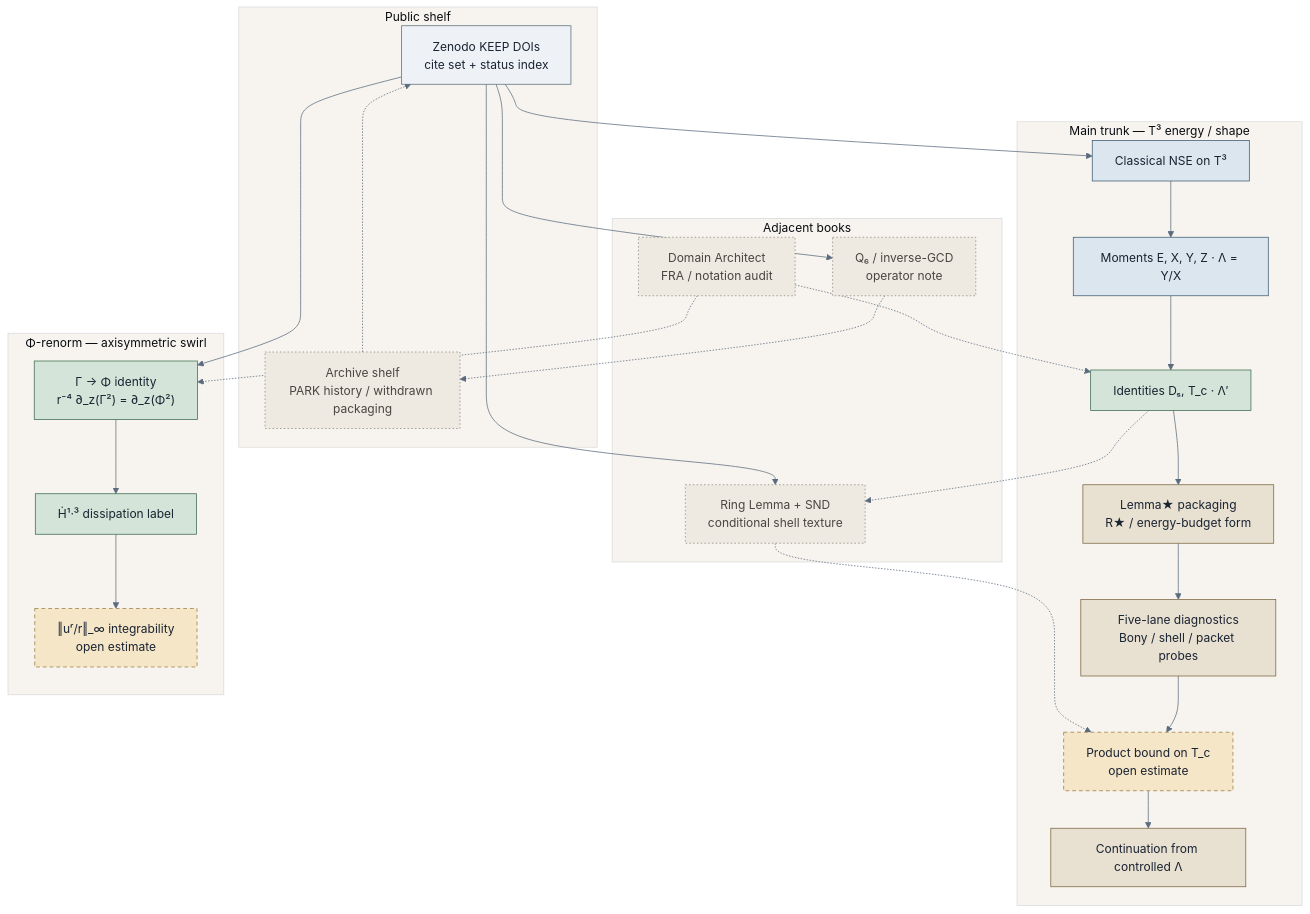
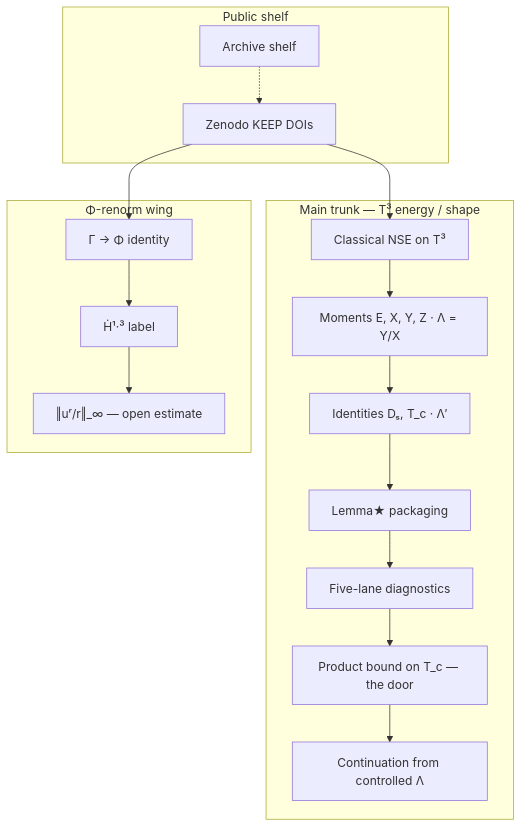
The diagram in docs/campaign/PROOF-JOURNEY.md (simons357/Ship_it_app), drawn with Mermaid before and after one commit. The commit also changed other lines of this file and 3 other files, not shown here.

````diff
--- a/docs/campaign/PROOF-JOURNEY.md
+++ b/docs/campaign/PROOF-JOURNEY.md
@@ -34,65 +35,24 @@
 ```mermaid
-%%{init: {'theme': 'base', 'themeVariables': {
-  'primaryColor': '#e8eef4',
-  'primaryTextColor': '#1a2332',
-  'primaryBorderColor': '#3d5a73',
-  'lineColor': '#5a6b7d',
-  'secondaryColor': '#f3efe6',
-  'tertiaryColor': '#f7f4ef'
-}}}%%
 flowchart TB
   subgraph shelf["Public shelf"]
-    KEEP["Zenodo KEEP DOIs<br/>cite set + status index"]
-    ARCH["Archive shelf<br/>PARK history / withdrawn packaging"]
+    KEEP["Zenodo KEEP DOIs"]
+    ARCH["Archive shelf"]
   end
-
   subgraph trunk["Main trunk — T³ energy / shape"]
     NSE["Classical NSE on T³"]
     MOM["Moments E, X, Y, Z · Λ = Y/X"]
     ID["Identities Dₛ, T_c · Λ′"]
-    STAR["Lemma★ packaging<br/>R★ / energy-budget form"]
-    FIVE["Five-lane diagnostics<br/>Bony / shell / packet probes"]
-    PROD["Product bound on T_c<br/>open estimate"]
+    STAR["Lemma★ packaging"]
+    FIVE["Five-lane diagnostics"]
+    PROD["Product bound on T_c — the door"]
     REG["Continuation from controlled Λ"]
   end
-
-  subgraph phi["Φ-renorm — axisymmetric swirl"]
-    PHIID["Γ → Φ identity<br/>r⁻⁴ ∂_z(Γ²) = ∂_z(Φ²)"]
-    HDOT["Ḣ¹·³ dissipation label"]
-    BAR["‖uʳ/r‖_∞ integrability<br/>open estimate"]
+  subgraph phi["Φ-renorm wing"]
+    PHIID["Γ → Φ identity"]
+    HDOT["Ḣ¹·³ label"]
+    BAR["‖uʳ/r‖_∞ — open estimate"]
   end
-
-  subgraph side["Adjacent books"]
-    SND["Ring Lemma + SND<br/>conditional shell texture"]
-    Q6["Q₆ / inverse-GCD<br/>operator note"]
-    DA["Domain Architect<br/>FRA / notation audit"]
-  end
-
-  KEEP --> NSE
-  KEEP --> PHIID
-  KEEP --> SND
-  KEEP --> Q6
+  KEEP --> NSE --> MOM --> ID --> STAR --> FIVE --> PROD --> REG
+  KEEP --> PHIID --> HDOT --> BAR
   ARCH -.-> KEEP
-
-  NSE --> MOM --> ID --> STAR --> FIVE --> PROD --> REG
-  PHIID --> HDOT --> BAR
-  ID -.-> SND
-  SND -.-> PROD
-  DA -.-> ID
-  DA -.-> PHIID
-  Q6 -.-> ARCH
-
-  classDef classical fill:#dce6ef,stroke:#3d5a73,color:#1a2332
-  classDef identity fill:#d4e4d8,stroke:#3d6b4f,color:#1a2332
-  classDef package fill:#e8e0d0,stroke:#7a6540,color:#1a2332
-  classDef open fill:#f5e6c8,stroke:#9a7a40,color:#1a2332,stroke-dasharray: 5 4
-  classDef optional fill:#eeeae2,stroke:#8a8580,color:#4a4540,stroke-dasharray: 2 3
-  classDef shelf fill:#eef2f6,stroke:#5a6b7d,color:#1a2332
-
-  class NSE,MOM classical
-  class ID,PHIID,HDOT identity
-  class STAR,FIVE,REG package
-  class PROD,BAR open
-  class SND,Q6,DA,ARCH optional
-  class KEEP shelf
 ```
````
